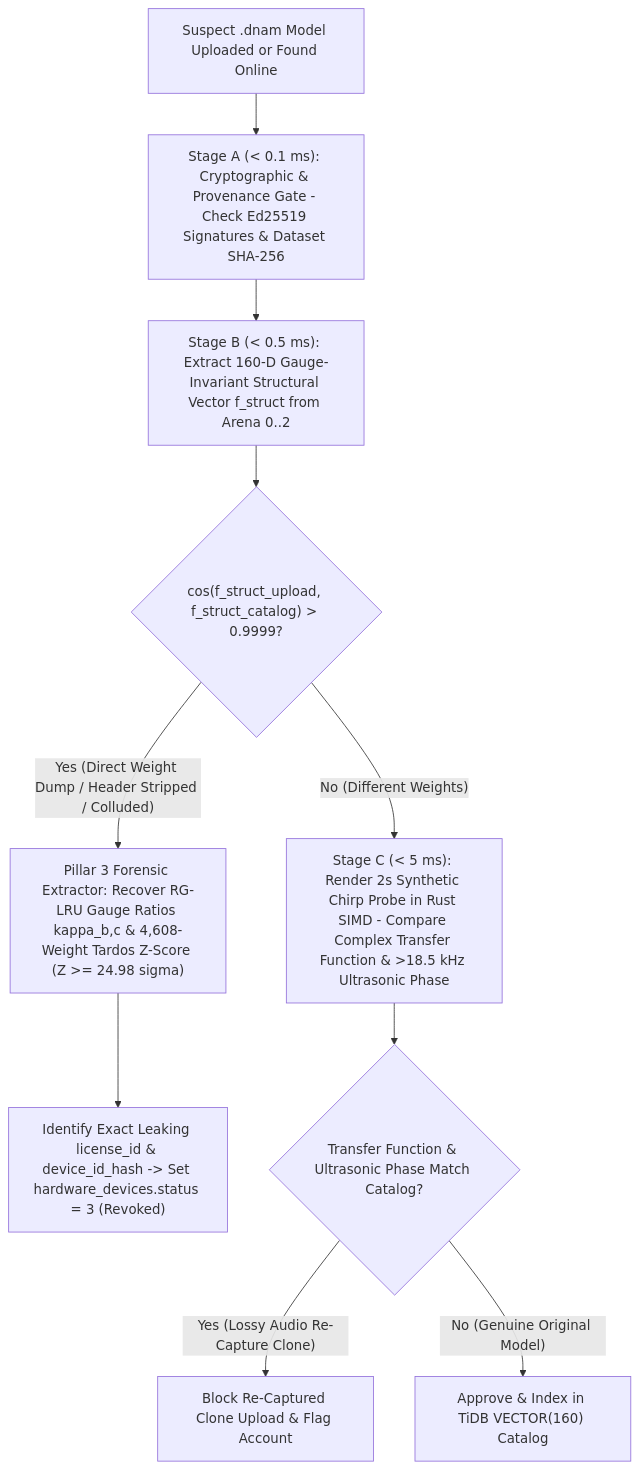
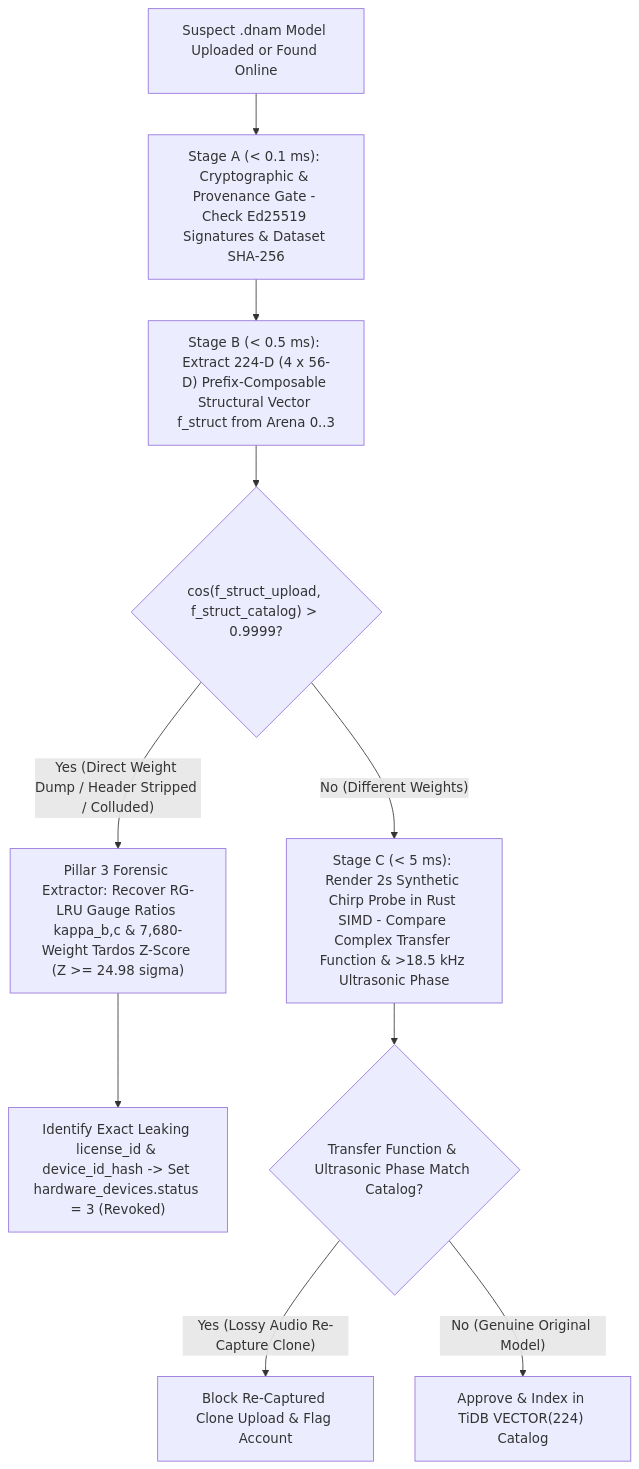
Before and after one commit to dnam-project/dnam: the seventh of 10 diagrams in docs/digital_marketplace_and_provenance.md, drawn with Mermaid. The commit also changed other lines of this file and 115 other files, not shown here.

First line of the commit message:
feat(engine,python,trainer,js,ui,studio,docs): add 4-tier slimmable hierarchy, 4x offline bounce, and prefix-composable provenance

````diff
--- a/docs/digital_marketplace_and_provenance.md
+++ b/docs/digital_marketplace_and_provenance.md
@@ -332,15 +333,15 @@
 ```mermaid
 flowchart TD
     Upload["Suspect .dnam Model Uploaded or Found Online"] --> StageA["Stage A (< 0.1 ms): Cryptographic & Provenance Gate - Check Ed25519 Signatures & Dataset SHA-256"]
 
-    StageA --> StageB["Stage B (< 0.5 ms): Extract 160-D Gauge-Invariant Structural Vector f_struct from Arena 0..2"]
+    StageA --> StageB["Stage B (< 0.5 ms): Extract 224-D (4 x 56-D) Prefix-Composable Structural Vector f_struct from Arena 0..3"]
     StageB --> CosCheck{"cos(f_struct_upload, f_struct_catalog) > 0.9999?"}
 
-    CosCheck -- "Yes (Direct Weight Dump / Header Stripped / Colluded)" --> Trace["Pillar 3 Forensic Extractor: Recover RG-LRU Gauge Ratios kappa_b,c & 4,608-Weight Tardos Z-Score (Z >= 24.98 sigma)"]
+    CosCheck -- "Yes (Direct Weight Dump / Header Stripped / Colluded)" --> Trace["Pillar 3 Forensic Extractor: Recover RG-LRU Gauge Ratios kappa_b,c & 7,680-Weight Tardos Z-Score (Z >= 24.98 sigma)"]
     Trace --> Revoke["Identify Exact Leaking license_id & device_id_hash -> Set hardware_devices.status = 3 (Revoked)"]
 
     CosCheck -- "No (Different Weights)" --> StageC["Stage C (< 5 ms): Render 2s Synthetic Chirp Probe in Rust SIMD - Compare Complex Transfer Function & >18.5 kHz Ultrasonic Phase"]
     StageC --> PhaseCheck{"Transfer Function & Ultrasonic Phase Match Catalog?"}
     PhaseCheck -- "Yes (Lossy Audio Re-Capture Clone)" --> BlockClone["Block Re-Captured Clone Upload & Flag Account"]
-    PhaseCheck -- "No (Genuine Original Model)" --> Approve["Approve & Index in TiDB VECTOR(160) Catalog"]
+    PhaseCheck -- "No (Genuine Original Model)" --> Approve["Approve & Index in TiDB VECTOR(224) Catalog"]
 ```
````
